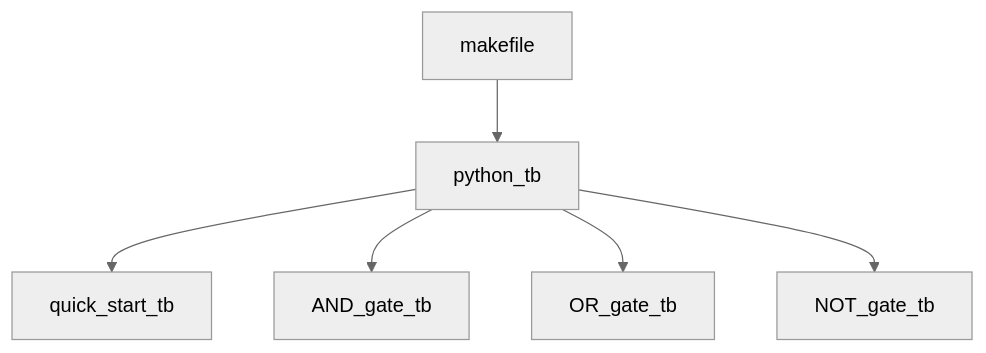
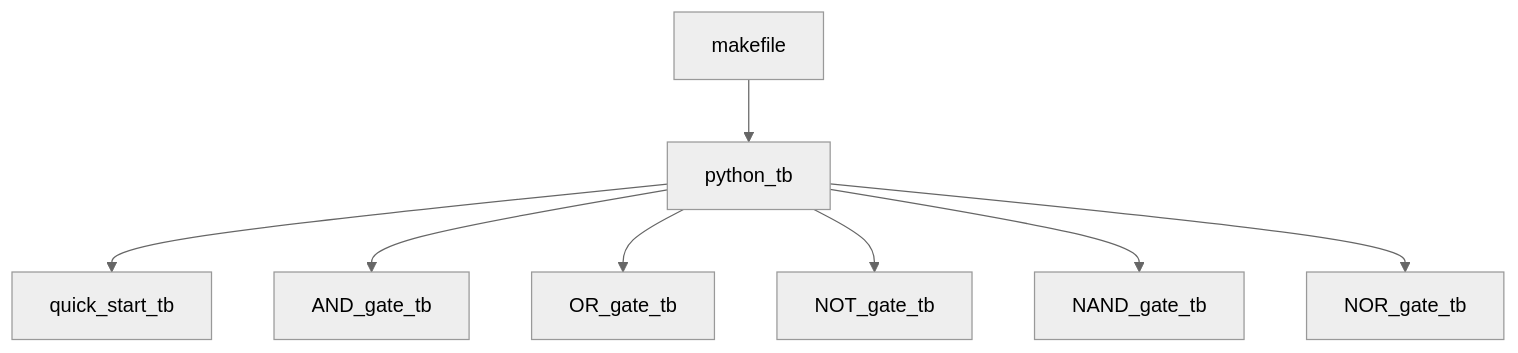
Before and after one commit to micherciu/cocotb_examples: the first of 3 diagrams in README.md, drawn with Mermaid (neutral theme). The commit also changed other lines of this file, not shown here.

Commit message:
[update] added documentation: README.md

````diff
--- a/README.md
+++ b/README.md
@@ -26,8 +26,10 @@
     ```mermaid
     graph TD;
         makefile-->python_tb;
         python_tb-->quick_start_tb;
         python_tb-->AND_gate_tb;
         python_tb-->OR_gate_tb;
         python_tb-->NOT_gate_tb;
+        python_tb-->NAND_gate_tb;
+        python_tb-->NOR_gate_tb;
     ```
````
